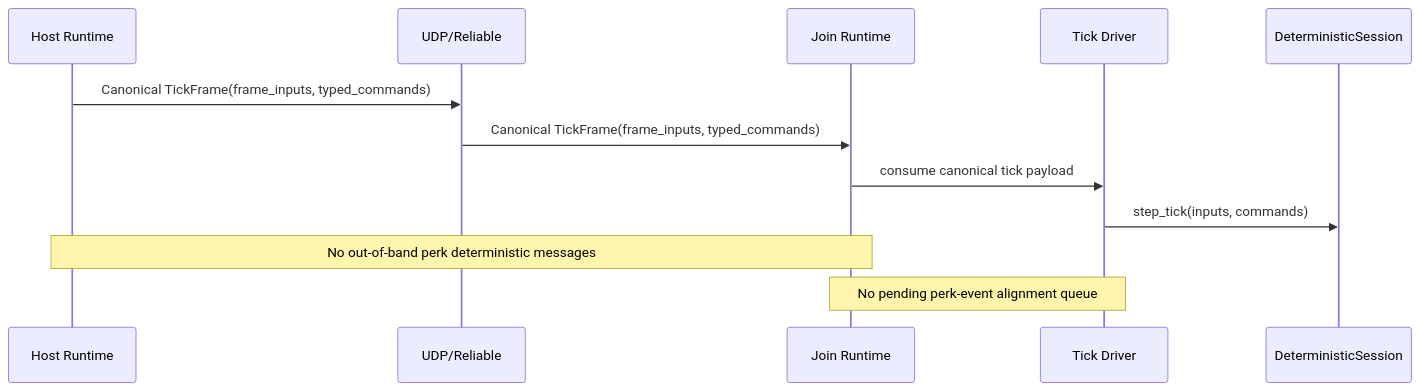
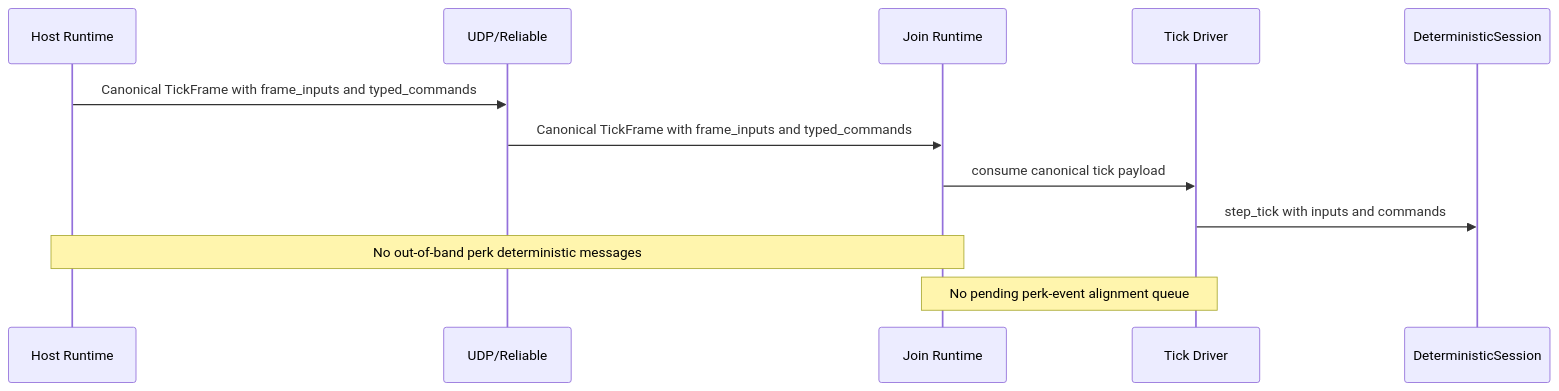
Before and after one commit to banteg/crimson: the fourth of 4 diagrams in replay_architecture_before_after.md, drawn with Mermaid. The commit also changed other lines of this file, not shown here.

Commit message:
docs: fix mermaid syntax in replay architecture supplement

````diff
--- a/replay_architecture_before_after.md
+++ b/replay_architecture_before_after.md
@@ -323,17 +320,17 @@
 ```mermaid
 sequenceDiagram
     participant Host as Host Runtime
     participant Wire as UDP/Reliable
     participant Join as Join Runtime
     participant Driver as Tick Driver
     participant Session as DeterministicSession
 
-    Host->>Wire: Canonical TickFrame(frame_inputs, typed_commands)
-    Wire->>Join: Canonical TickFrame(frame_inputs, typed_commands)
+    Host->>Wire: Canonical TickFrame with frame_inputs and typed_commands
+    Wire->>Join: Canonical TickFrame with frame_inputs and typed_commands
 
     Join->>Driver: consume canonical tick payload
-    Driver->>Session: step_tick(inputs, commands)
+    Driver->>Session: step_tick with inputs and commands
 
     Note over Host,Join: No out-of-band perk deterministic messages
     Note over Join,Driver: No pending perk-event alignment queue
 ```
````
